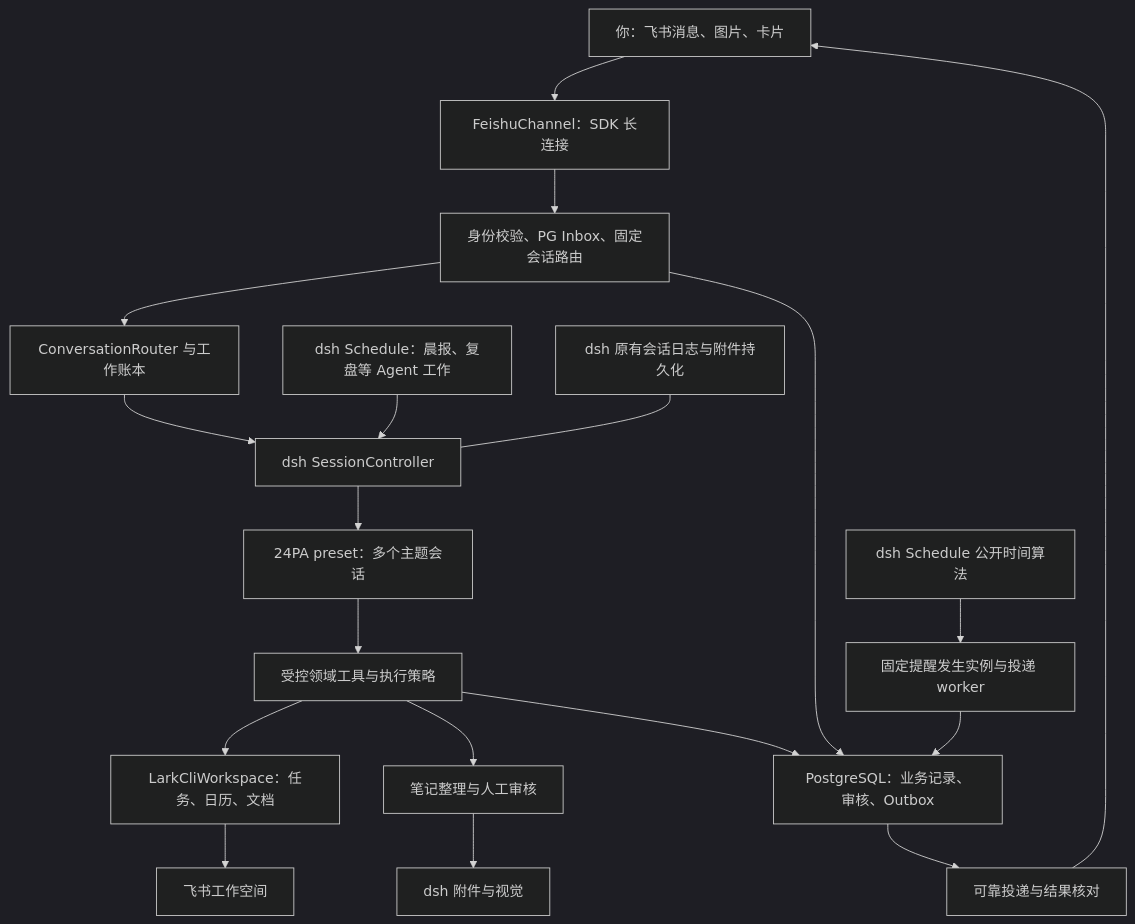
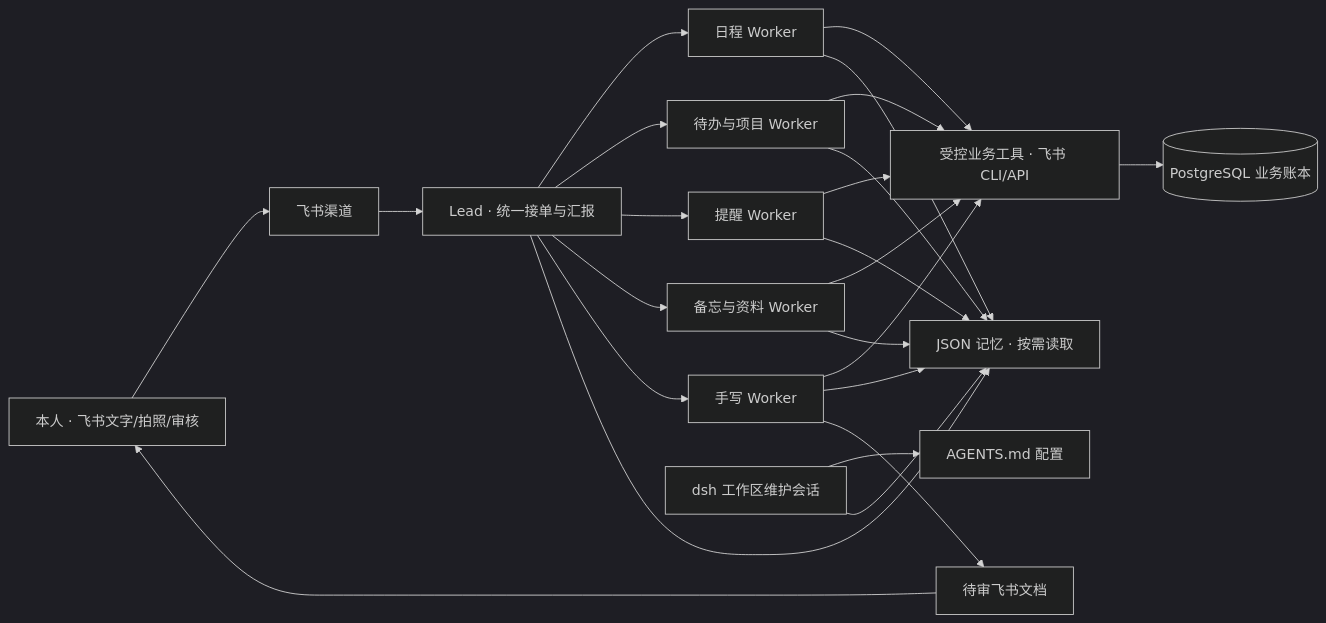
The diagram in docs/24PA-整体设计方案.md (benz-ai-x/dsh-24-PA), drawn with Mermaid (dark theme) before and after one commit. The commit also changed other lines of this file and 66 other files, not shown here.

First line of the commit message:
Rebuild 24PA prototype around workspace Lead and native Workers

````diff
--- a/docs/24PA-整体设计方案.md
+++ b/docs/24PA-整体设计方案.md
@@ -154,21 +23,17 @@
 ```mermaid
-flowchart TD
-    U[你：飞书消息、图片、卡片] --> F[FeishuChannel：SDK 长连接]
-    F --> I[身份校验、PG Inbox、固定会话路由]
-    I --> R[ConversationRouter 与工作账本]
-    R --> C[dsh SessionController]
-    C --> A[24PA preset：多个主题会话]
-    A --> T[受控领域工具与执行策略]
-    T --> W[LarkCliWorkspace：任务、日历、文档]
-    W --> L[飞书工作空间]
-    T --> N[笔记整理与人工审核]
-    N --> V[dsh 附件与视觉]
-    T --> P[PostgreSQL：业务记录、审核、Outbox]
-    I --> P
-    S[dsh Schedule：晨报、复盘等 Agent 工作] --> C
-    H[dsh Schedule 公开时间算法] --> D[固定提醒发生实例与投递 worker]
-    D --> P
-    P --> O[可靠投递与结果核对]
-    O --> U
-    E[dsh 原有会话日志与附件持久化] --- C
+flowchart LR
+  U[本人 · 飞书文字/拍照/审核] --> F[飞书渠道]
+  F --> L[Lead · 统一接单与汇报]
+  L --> C[日程 Worker]
+  L --> T[待办与项目 Worker]
+  L --> R[提醒 Worker]
+  L --> M[备忘与资料 Worker]
+  L --> H[手写 Worker]
+  C & T & R & M & H --> B[受控业务工具 · 飞书 CLI/API]
+  B --> P[(PostgreSQL 业务账本)]
+  L & C & T & R & M & H --> K[JSON 记忆 · 按需读取]
+  W[dsh 工作区维护会话] --> A[AGENTS.md 配置]
+  W --> K
+  H --> D[待审飞书文档]
+  D --> U
 ```
````
